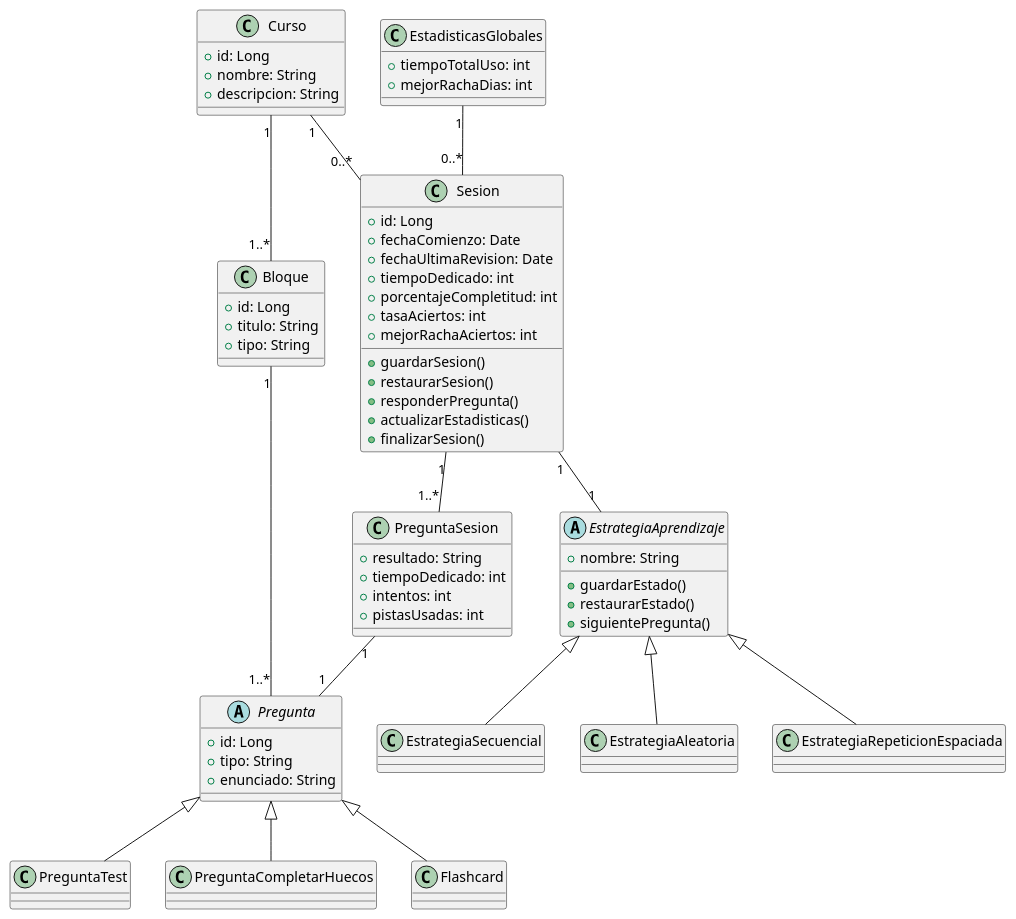
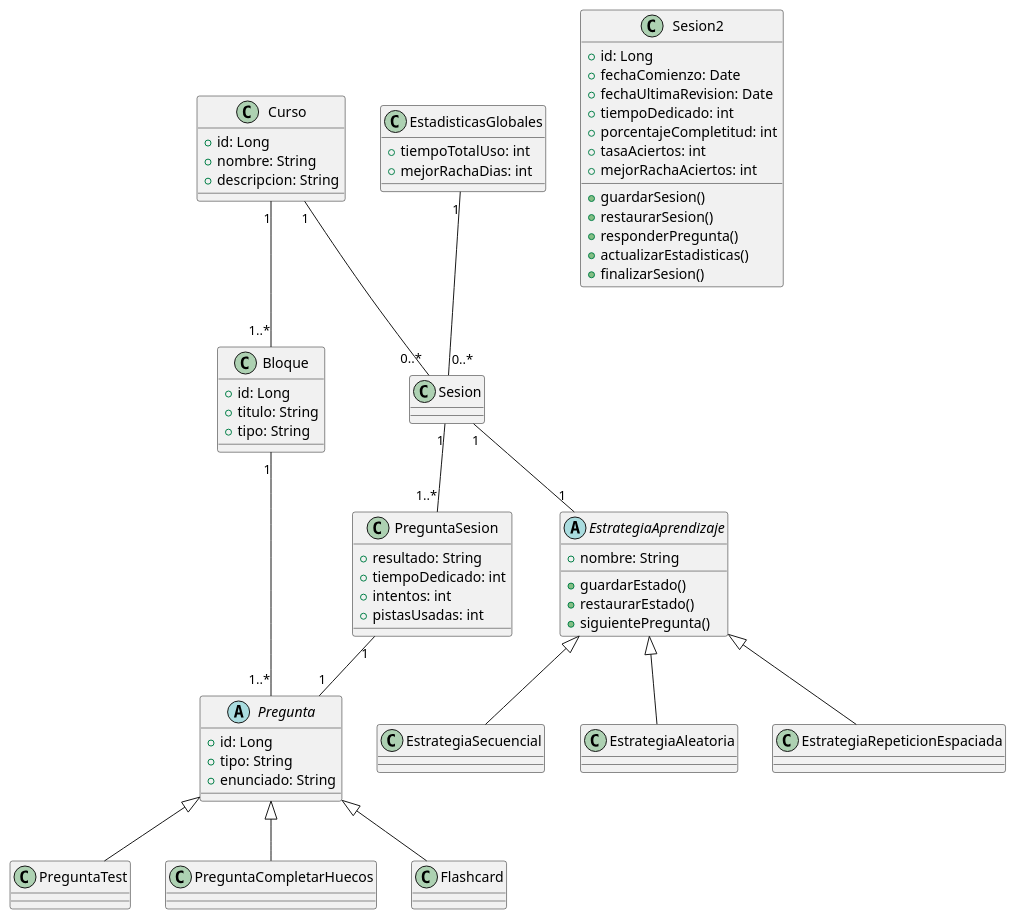
The diagram in doc/pds-clases.puml (jjrp1/pds-2025-final), drawn with PlantUML before and after one commit.

```diff
--- a/doc/pds-clases.puml
+++ b/doc/pds-clases.puml
@@ -1,69 +1,69 @@
 @startuml clases 
 class Curso {
   +id: Long
   +nombre: String
   +descripcion: String
 }
 class Bloque {
   +id: Long
   +titulo: String
   +tipo: String
 }
 abstract class Pregunta {
   +id: Long
   +tipo: String
   +enunciado: String
 }
 class PreguntaTest
 class PreguntaCompletarHuecos
 class Flashcard
 
-class Sesion {
+class Sesion2 {
   +id: Long
   +fechaComienzo: Date
   +fechaUltimaRevision: Date
   +tiempoDedicado: int
   +porcentajeCompletitud: int
   +tasaAciertos: int
   +mejorRachaAciertos: int
   +guardarSesion()
   +restaurarSesion()
   +responderPregunta()
   +actualizarEstadisticas()
   +finalizarSesion()
 }
 
 class PreguntaSesion {
   +resultado: String
   +tiempoDedicado: int
   +intentos: int
   +pistasUsadas: int
 }
 abstract class EstrategiaAprendizaje {
   +nombre: String
   +guardarEstado()
   +restaurarEstado()
   +siguientePregunta()
 }
 class EstrategiaSecuencial
 class EstrategiaAleatoria
 class EstrategiaRepeticionEspaciada
 class EstadisticasGlobales {
   +tiempoTotalUso: int
   +mejorRachaDias: int
 }
 
 Curso "1" -- "1..*" Bloque
 Bloque "1" -- "1..*" Pregunta
 Pregunta <|-- PreguntaTest
 Pregunta <|-- PreguntaCompletarHuecos
 Pregunta <|-- Flashcard
 Curso "1" -- "0..*" Sesion
 Sesion "1" -- "1" EstrategiaAprendizaje
 Sesion "1" -- "1..*" PreguntaSesion
 PreguntaSesion "1" -- "1" Pregunta
 EstadisticasGlobales "1" -- "0..*" Sesion
 EstrategiaAprendizaje <|-- EstrategiaSecuencial
 EstrategiaAprendizaje <|-- EstrategiaAleatoria
 EstrategiaAprendizaje <|-- EstrategiaRepeticionEspaciada
 @enduml
```
